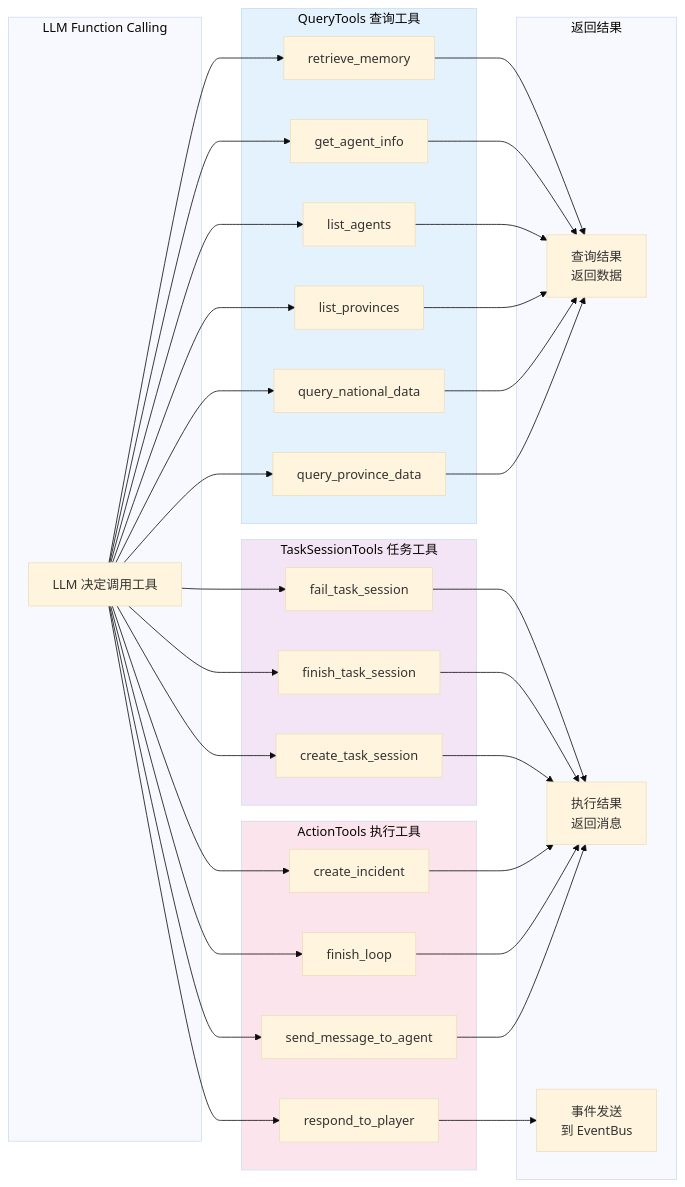
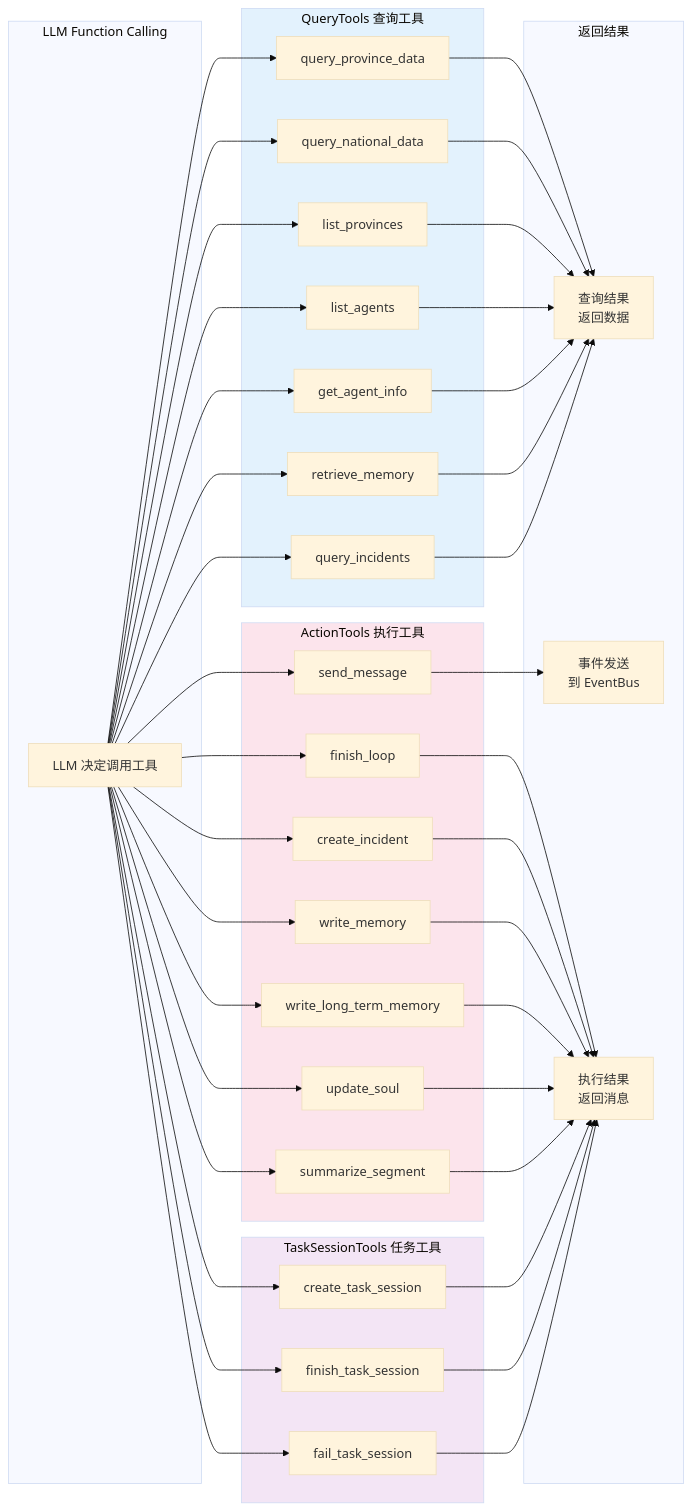
The third of 12 diagrams in src/simu_emperor/agents/AGENTS.md (ykfnxx/simu-emperor), drawn with Mermaid (base theme) before and after one commit. The commit also changed other lines of this file and 5 other files, not shown here.

First line of the commit message:
docs(v4.2): update all AGENTS.md and CLAUDE.md for V4.2 architecture

````diff
--- a/src/simu_emperor/agents/AGENTS.md
+++ b/src/simu_emperor/agents/AGENTS.md
@@ -124,47 +124,51 @@
 ```mermaid
 graph LR
     subgraph LLM["LLM Function Calling"]
         LLMCall[LLM 决定调用工具]
     end
 
     subgraph QueryTools["QueryTools 查询工具"]
         Q1[query_province_data]
         Q2[query_national_data]
         Q3[list_provinces]
         Q4[list_agents]
         Q5[get_agent_info]
         Q6[retrieve_memory]
+        Q7[query_incidents]
     end
 
     subgraph ActionTools["ActionTools 执行工具"]
-        A1[send_message_to_agent]
-        A2[respond_to_player]
-        A3[finish_loop]
-        A4[create_incident]
+        A1[send_message]
+        A2[finish_loop]
+        A3[create_incident]
+        A4[write_memory]
+        A5[write_long_term_memory]
+        A6[update_soul]
+        A7[summarize_segment]
     end
 
     subgraph TaskTools["TaskSessionTools 任务工具"]
         T1[create_task_session]
         T2[finish_task_session]
         T3[fail_task_session]
     end
 
     subgraph Results["返回结果"]
         R1[查询结果<br/>返回数据]
         R2[执行结果<br/>返回消息]
         R3[事件发送<br/>到 EventBus]
     end
 
-    LLMCall --> Q1 & Q2 & Q3 & Q4 & Q5 & Q6
-    LLMCall --> A1 & A2 & A3 & A4
+    LLMCall --> Q1 & Q2 & Q3 & Q4 & Q5 & Q6 & Q7
+    LLMCall --> A1 & A2 & A3 & A4 & A5 & A6 & A7
     LLMCall --> T1 & T2 & T3
 
-    Q1 & Q2 & Q3 & Q4 & Q5 & Q6 --> R1
-    A1 & A3 & A4 --> R2
-    A2 --> R3
+    Q1 & Q2 & Q3 & Q4 & Q5 & Q6 & Q7 --> R1
+    A1 --> R3
+    A2 & A3 & A4 & A5 & A6 & A7 --> R2
     T1 & T2 & T3 --> R2
 
     style QueryTools fill:#e3f2fd
     style ActionTools fill:#fce4ec
     style TaskTools fill:#f3e5f5
 ```
````
